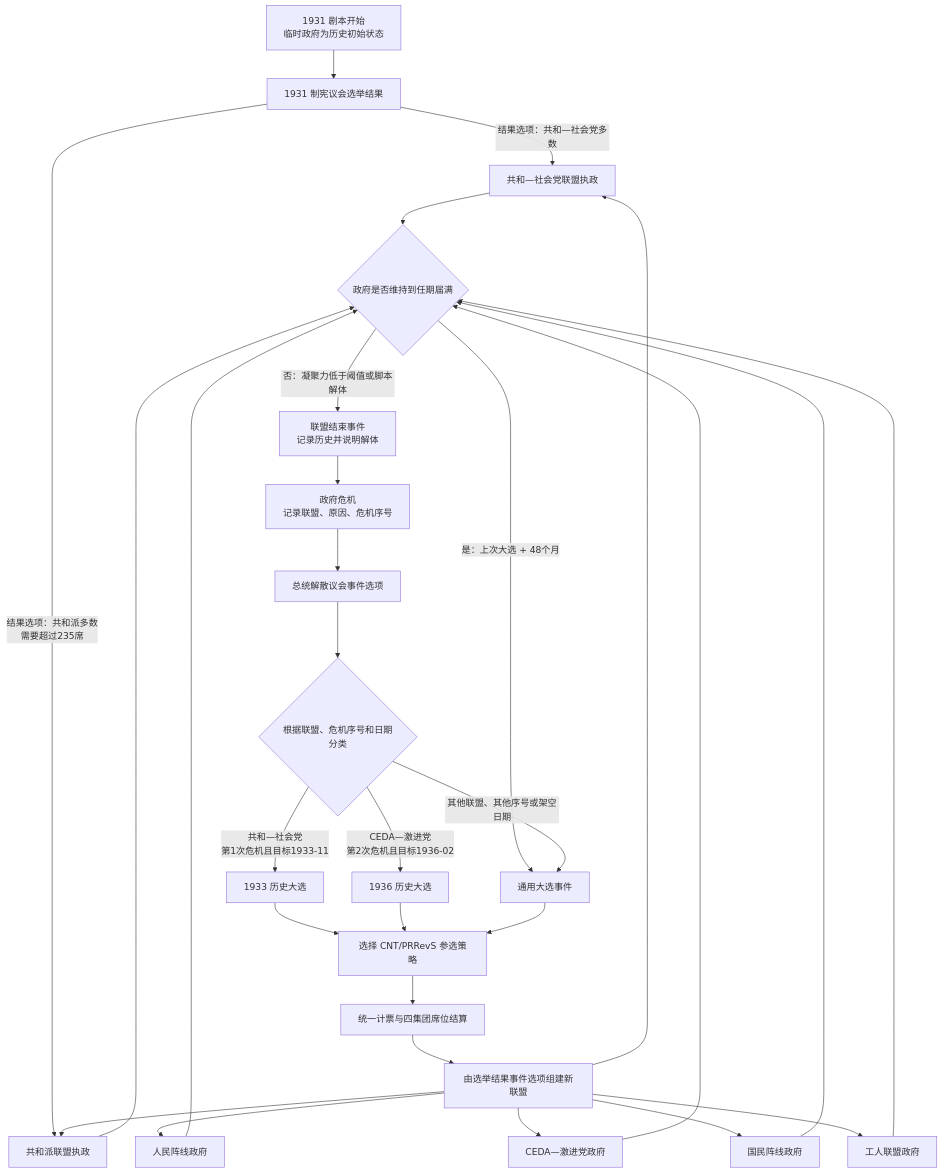
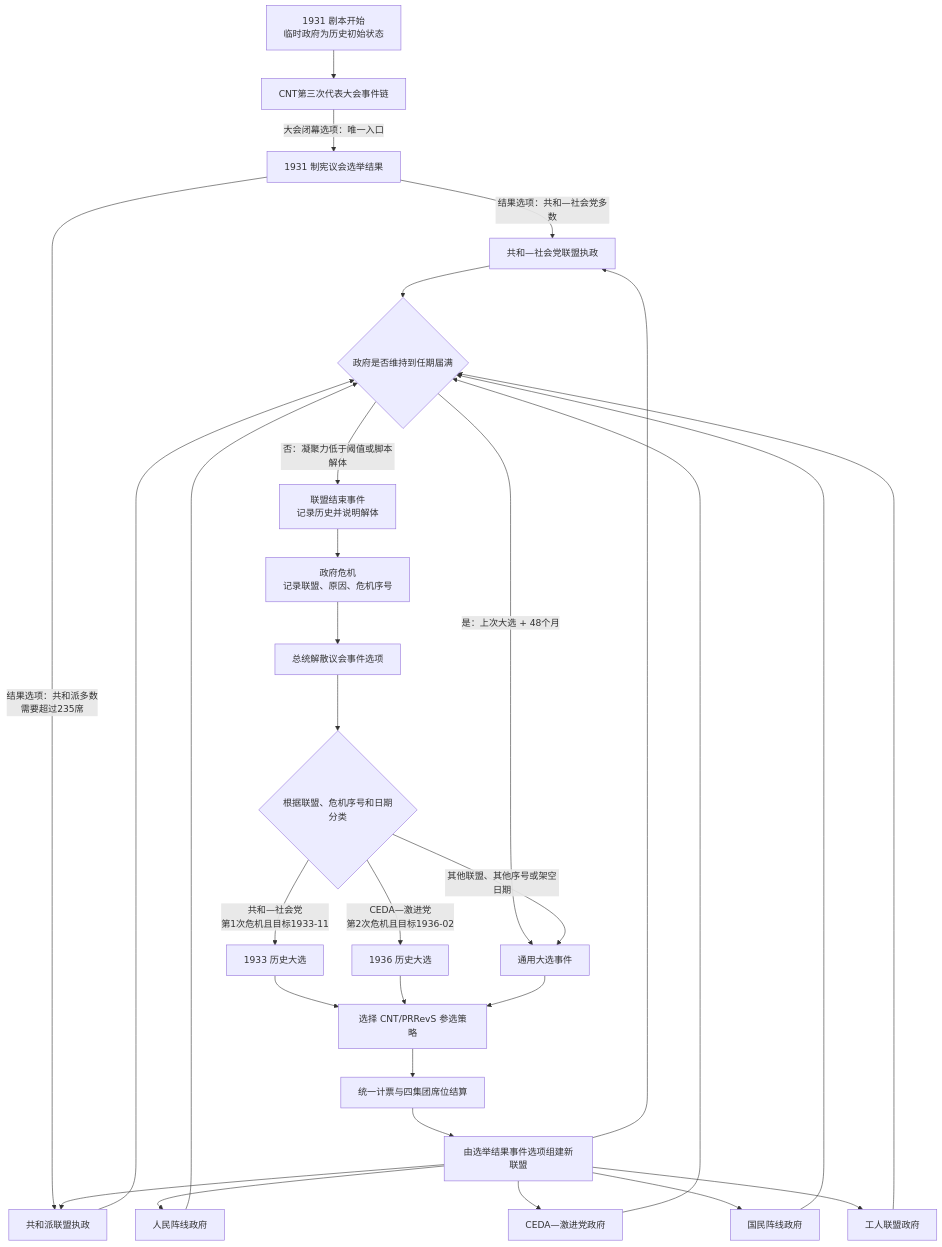
Before and after one commit to WJNCT55555/Liberty-Unquenched: the first of 2 diagrams in docs/ARCHITECTURE.md, drawn with Mermaid. The commit also changed other lines of this file and 5 other files, not shown here.

````diff
--- a/docs/ARCHITECTURE.md
+++ b/docs/ARCHITECTURE.md
@@ -633,34 +633,35 @@
 ```mermaid
 flowchart TD
-    S31[1931 剧本开始<br/>临时政府为历史初始状态] --> E31[1931 制宪议会选举结果]
+    S31[1931 剧本开始<br/>临时政府为历史初始状态] --> CNT3[CNT第三次代表大会事件链]
+    CNT3 -->|大会闭幕选项：唯一入口| E31[1931 制宪议会选举结果]
     E31 -->|结果选项：共和—社会党多数| RS[共和—社会党联盟执政]
     E31 -->|结果选项：共和派多数<br/>需要超过235席| RC[共和派联盟执政]
 
     RS --> TERM{政府是否维持到任期届满}
     RC --> TERM
     PF[人民阵线政府] --> TERM
     CR[CEDA—激进党政府] --> TERM
     NF[国民阵线政府] --> TERM
     WA[工人联盟政府] --> TERM
 
     TERM -->|是：上次大选 + 48个月| GE[通用大选事件]
     TERM -->|否：凝聚力低于阈值或脚本解体| END[联盟结束事件<br/>记录历史并说明解体]
     END --> GC[政府危机<br/>记录联盟、原因、危机序号]
     GC --> PD[总统解散议会事件选项]
     PD --> CLASSIFY{根据联盟、危机序号和日期分类}
     CLASSIFY -->|共和—社会党<br/>第1次危机且目标1933-11| E33[1933 历史大选]
     CLASSIFY -->|CEDA—激进党<br/>第2次危机且目标1936-02| E36[1936 历史大选]
     CLASSIFY -->|其他联盟、其他序号或架空日期| GE
 
     E33 --> CAMPAIGN[选择 CNT/PRRevS 参选策略]
     E36 --> CAMPAIGN
     GE --> CAMPAIGN
     CAMPAIGN --> RESULT[统一计票与四集团席位结算]
     RESULT --> GOVERNMENT[由选举结果事件选项组建新联盟]
     GOVERNMENT --> RS
     GOVERNMENT --> RC
     GOVERNMENT --> PF
     GOVERNMENT --> CR
     GOVERNMENT --> NF
     GOVERNMENT --> WA
 ```
````
